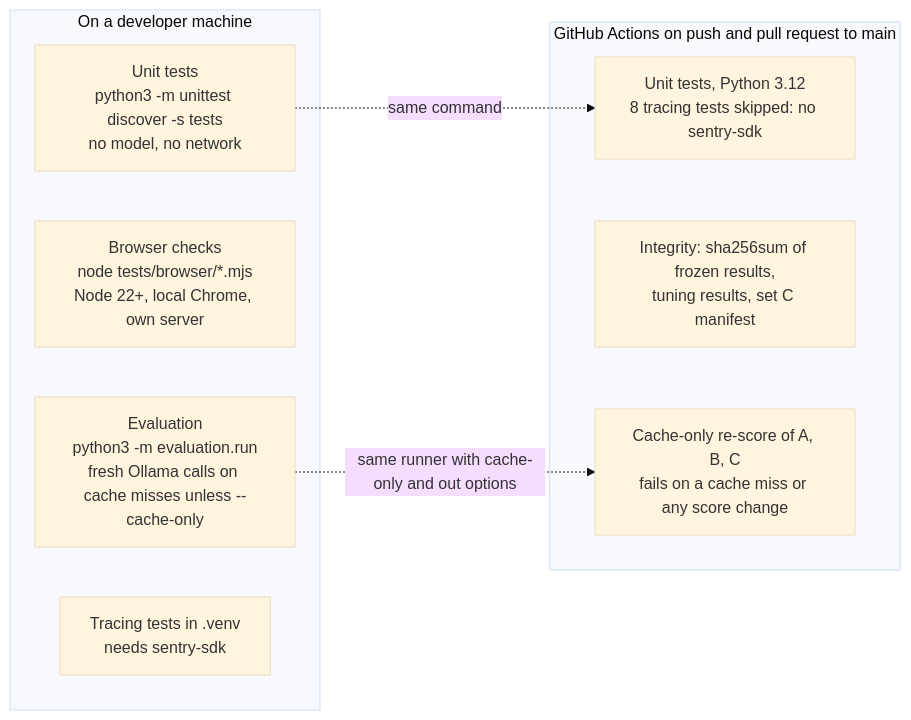
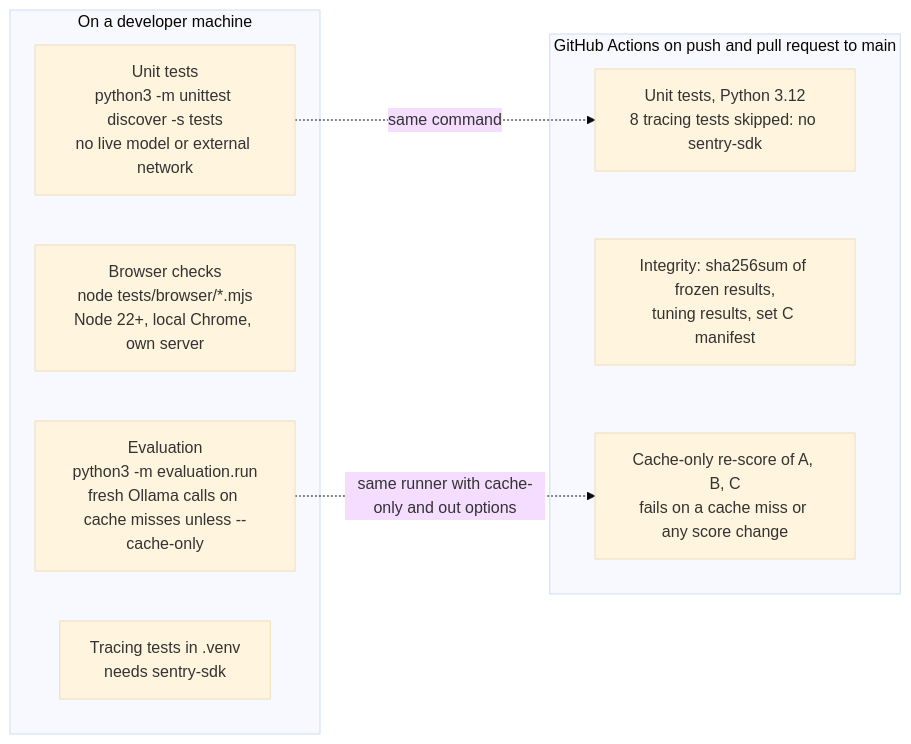
One commit to bipul724/availability-ledger changed the diagram in TESTING.md. Above: the diagram before and after it, drawn with Mermaid (base theme). The commit also changed other lines of this file, not shown here.

````diff
--- a/TESTING.md
+++ b/TESTING.md
@@ -7,16 +7,16 @@
 ```mermaid
 flowchart LR
     subgraph local["On a developer machine"]
-        U[Unit tests<br/>python3 -m unittest discover -s tests<br/>no model, no network]
+        U[Unit tests<br/>python3 -m unittest discover -s tests<br/>no live model or external network]
         BR[Browser checks<br/>node tests/browser/*.mjs<br/>Node 22+, local Chrome, own server]
         EV[Evaluation<br/>python3 -m evaluation.run<br/>fresh Ollama calls on cache misses unless --cache-only]
         TR[Tracing tests in .venv<br/>needs sentry-sdk]
     end
     subgraph ci["GitHub Actions on push and pull request to main"]
         CU[Unit tests, Python 3.12<br/>8 tracing tests skipped: no sentry-sdk]
         CI2[Integrity: sha256sum of frozen results,<br/>tuning results, set C manifest]
         CR[Cache-only re-score of A, B, C<br/>fails on a cache miss or any score change]
     end
     U -.->|same command| CU
     EV -.->|same runner with cache-only and out options| CR
 ```
````
